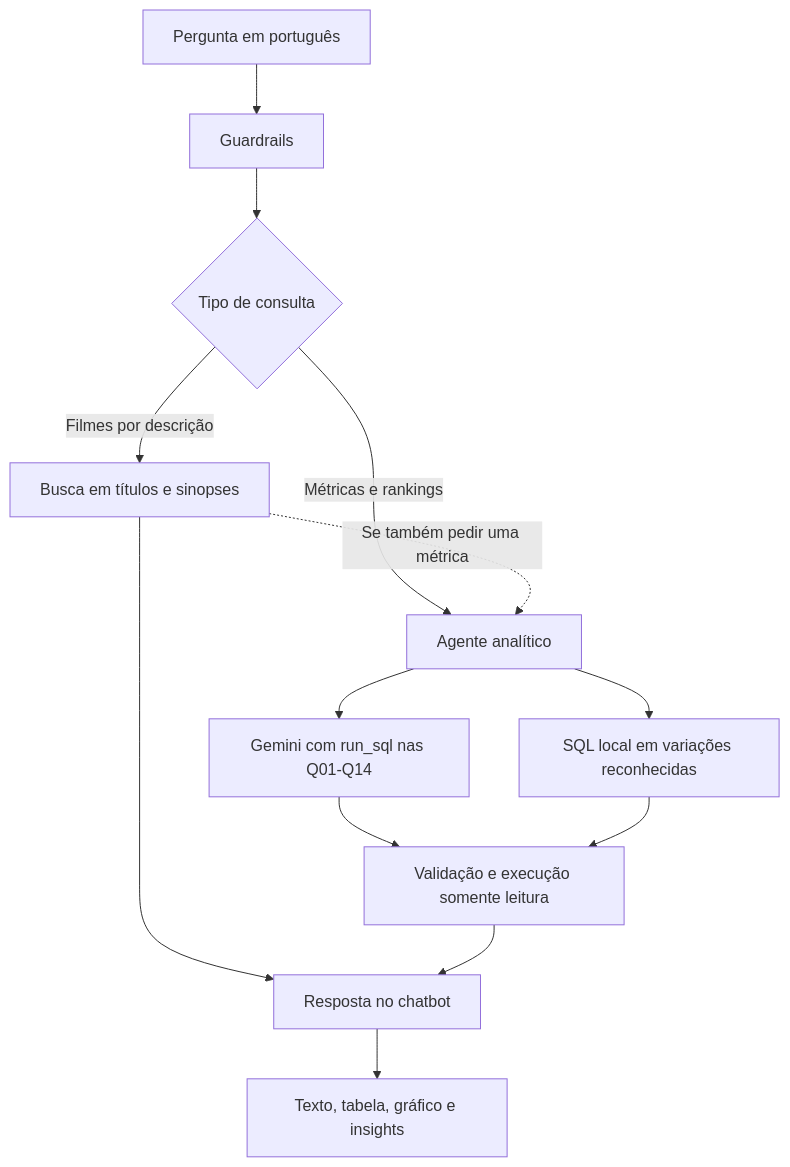
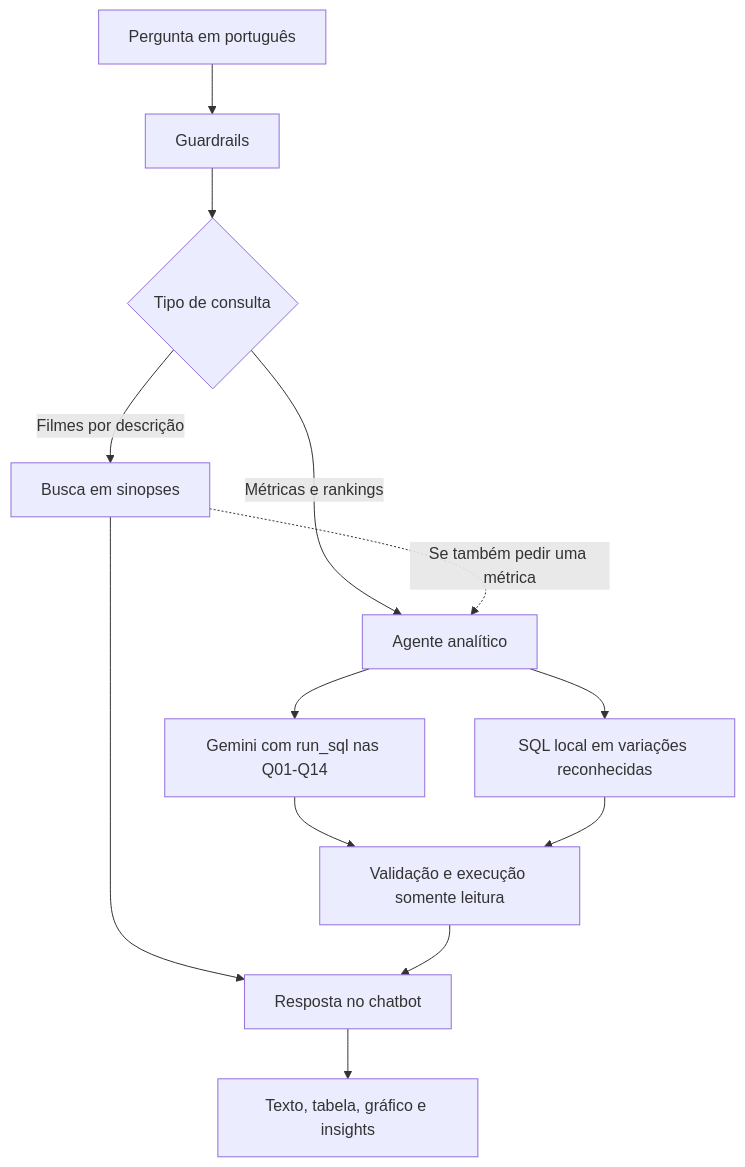
The first of 2 diagrams in README.md (GuilhermeRangel1/CineData-GenAi), drawn with Mermaid before and after one commit. The commit also changed other lines of this file and 8 other files, not shown here.

Commit message:
fix(genai): melhora busca de filmes por sinopse

````diff
--- a/README.md
+++ b/README.md
@@ -41,15 +41,15 @@
 ```mermaid
 flowchart TB
     Q[Pergunta em português] --> G[Guardrails]
     G --> R{Tipo de consulta}
-    R -->|Filmes por descrição| S[Busca em títulos e sinopses]
+    R -->|Filmes por descrição| S[Busca em sinopses]
     R -->|Métricas e rankings| A[Agente analítico]
     S -.->|Se também pedir uma métrica| A
     A --> M[Gemini com run_sql nas Q01-Q14]
     A --> P[SQL local em variações reconhecidas]
     M --> V[Validação e execução somente leitura]
     P --> V
     S --> F[Resposta no chatbot]
     V --> F
     F --> O[Texto, tabela, gráfico e insights]
 ```
````
